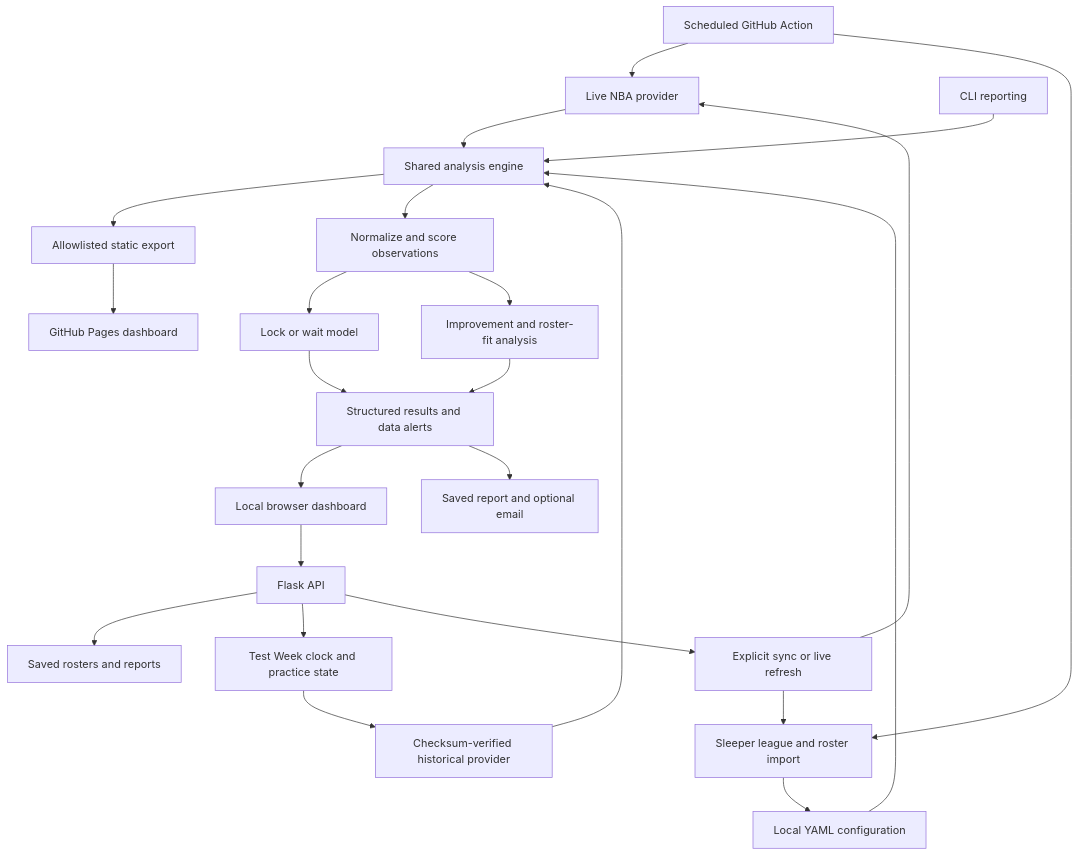
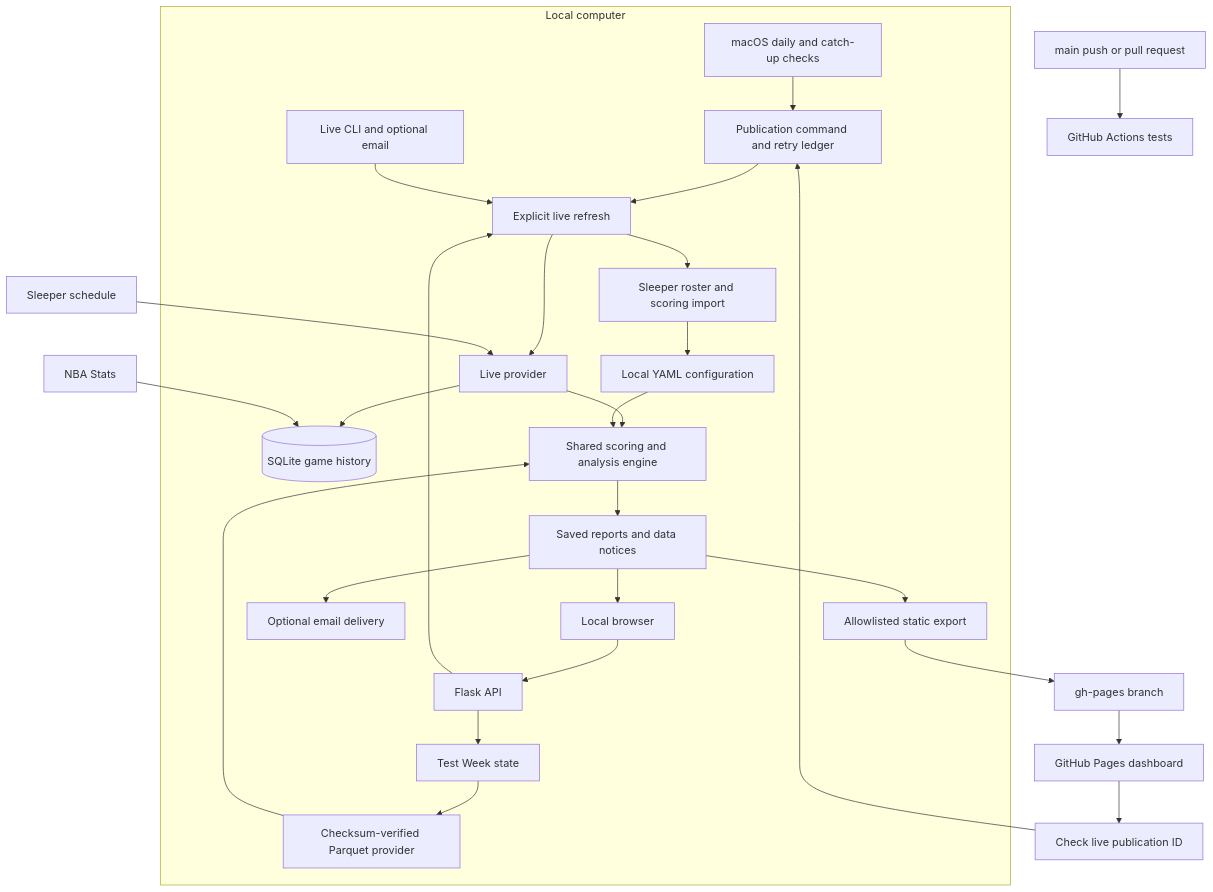
Before and after one commit to mkodithuwakku/LockInModel: the diagram in README.md, drawn with Mermaid. The commit also changed other lines of this file and 10 other files, not shown here.

Commit message:
Update portfolio documentation for local database and daily publication

````diff
--- a/README.md
+++ b/README.md
@@ -64,26 +69,30 @@
 ```mermaid
 flowchart TD
-    Scheduled[Scheduled GitHub Action] --> Live
-    Scheduled --> Sleeper
-    Engine --> Export[Allowlisted static export]
-    Export --> Pages[GitHub Pages dashboard]
-    UI[Local browser dashboard] --> API[Flask API]
-    API --> Saved[Saved rosters and reports]
-    API --> Practice[Test Week clock and practice state]
-    API --> Jobs[Explicit sync or live refresh]
-    Jobs --> Sleeper[Sleeper league and roster import]
-    Sleeper --> Config[Local YAML configuration]
-    Jobs --> Live[Live NBA provider]
-    Practice --> Fixture[Checksum-verified historical provider]
-    Live --> Engine[Shared analysis engine]
-    Fixture --> Engine
-    Config --> Engine
-    Engine --> Score[Normalize and score observations]
-    Score --> Lock[Lock or wait model]
-    Score --> Pickups[Improvement and roster-fit analysis]
-    Lock --> Report[Structured results and data alerts]
-    Pickups --> Report
-    Report --> UI
-    CLI[CLI reporting] --> Engine
-    Report --> Disk[Saved report and optional email]
+    subgraph Local[Local computer]
+        Timer[macOS daily and catch-up checks] --> Publisher[Publication command and retry ledger]
+        UI[Local browser] --> API[Flask API]
+        API --> Refresh[Explicit live refresh]
+        Publisher --> Refresh
+        CLI[Live CLI and optional email] --> Refresh
+        Refresh --> Sleeper[Sleeper roster and scoring import]
+        Sleeper --> Config[Local YAML configuration]
+        Refresh --> Live[Live provider]
+        Live --> DB[(SQLite game history)]
+        Live --> Engine[Shared scoring and analysis engine]
+        Config --> Engine
+        API --> Practice[Test Week state]
+        Practice --> Fixture[Checksum-verified Parquet provider]
+        Fixture --> Engine
+        Engine --> Report[Saved reports and data notices]
+        Report --> UI
+        Report --> Email[Optional email delivery]
+        Report --> Export[Allowlisted static export]
+    end
+    NBA[NBA Stats] --> DB
+    Calendar[Sleeper schedule] --> Live
+    Export --> Branch[gh-pages branch]
+    Branch --> Pages[GitHub Pages dashboard]
+    Pages --> Verify[Check live publication ID]
+    Verify --> Publisher
+    Source[main push or pull request] --> CI[GitHub Actions tests]
 ```
````
